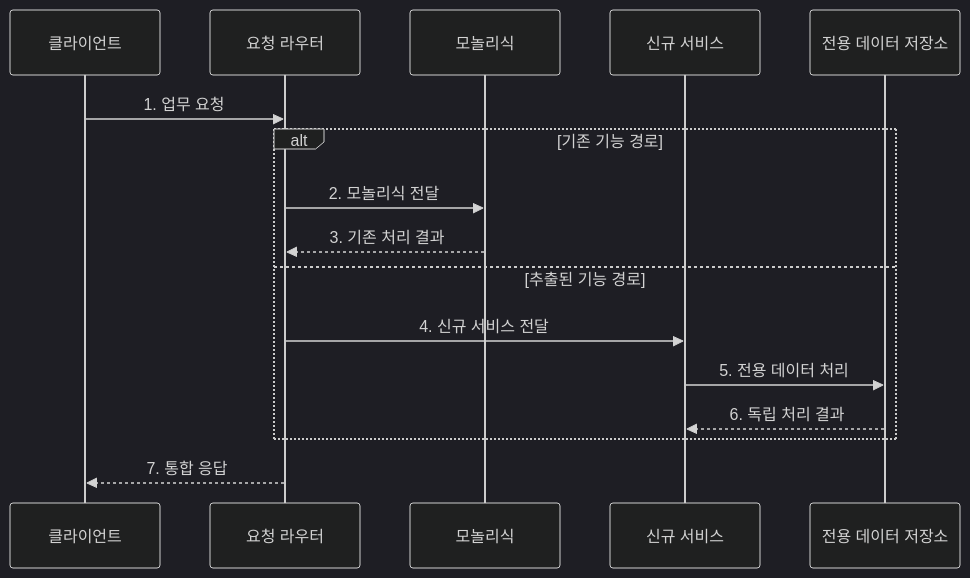
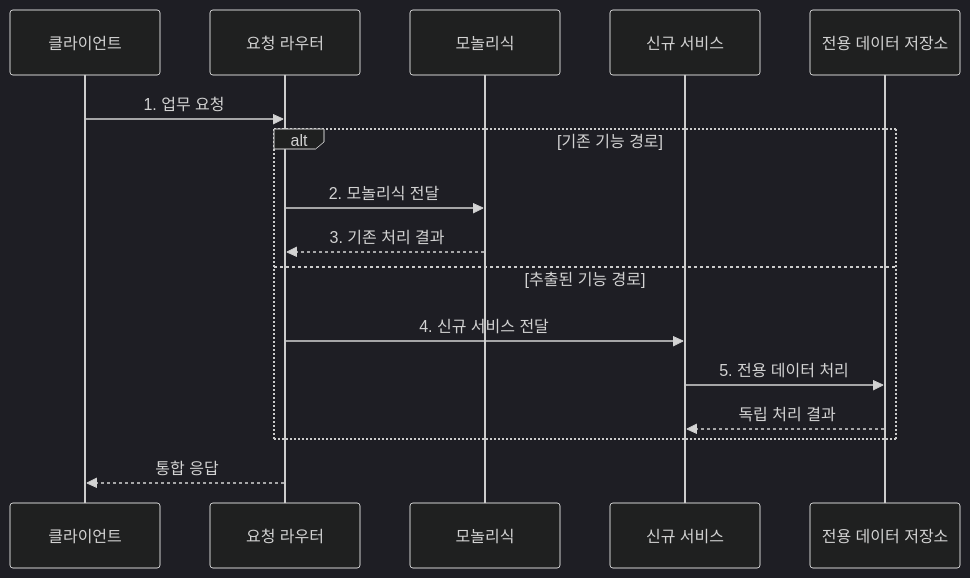
Before and after one commit to agnusdei1207/knowledge-base: the second of 2 diagrams in src/content/docs/notes/03-software/051_monolith_vs_microservice.md, drawn with Mermaid (dark theme). The commit also changed other lines of this file and 238 other files, not shown here.

````diff
--- a/src/content/docs/notes/03-software/051_monolith_vs_microservice.md
+++ b/src/content/docs/notes/03-software/051_monolith_vs_microservice.md
@@ -86,18 +88,18 @@
 ```mermaid
 sequenceDiagram
     participant C as 클라이언트
     participant R as 요청 라우터
     participant M as 모놀리식
     participant S as 신규 서비스
     participant D as 전용 데이터 저장소
     C->>R: 1. 업무 요청
     alt 기존 기능 경로
         R->>M: 2. 모놀리식 전달
         M-->>R: 3. 기존 처리 결과
     else 추출된 기능 경로
         R->>S: 4. 신규 서비스 전달
         S->>D: 5. 전용 데이터 처리
-        D-->>S: 6. 독립 처리 결과
+        D-->>S: 독립 처리 결과
     end
-    R-->>C: 7. 통합 응답
+    R-->>C: 통합 응답
 ```
````
